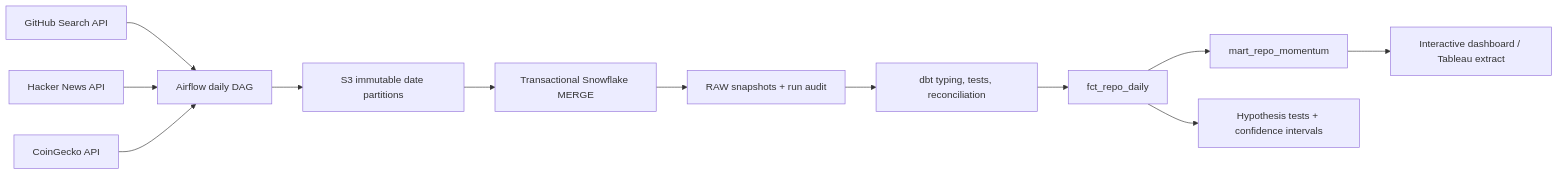
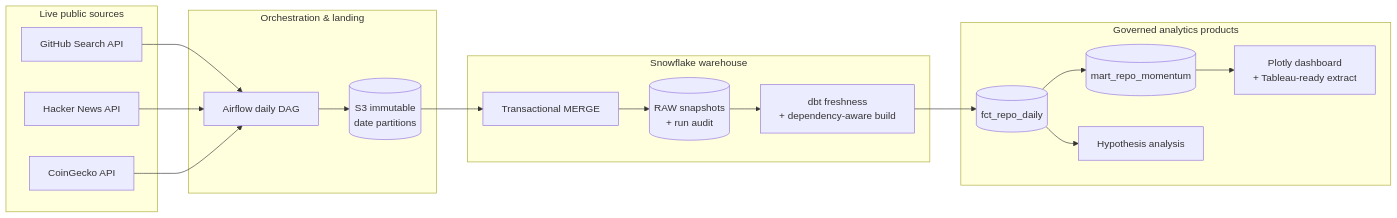
Before and after one commit to tmushd/dev-ecosystem-pipeline: the first of 4 diagrams in README.md, drawn with Mermaid. The commit also changed other lines of this file and 24 other files, not shown here.

````diff
--- a/README.md
+++ b/README.md
@@ -28,14 +70,30 @@
 ```mermaid
 flowchart LR
-  GH[GitHub Search API] --> AF[Airflow daily DAG]
-  HN[Hacker News API] --> AF
-  CG[CoinGecko API] --> AF
-  AF --> S3[S3 immutable date partitions]
-  S3 --> MERGE[Transactional Snowflake MERGE]
-  MERGE --> RAW[RAW snapshots + run audit]
-  RAW --> DBT[dbt typing, tests, reconciliation]
-  DBT --> FACT[fct_repo_daily]
-  FACT --> MART[mart_repo_momentum]
-  MART --> BI[Interactive dashboard / Tableau extract]
-  FACT --> HYP[Hypothesis tests + confidence intervals]
+    subgraph Sources["Live public sources"]
+        GH[GitHub Search API]
+        HN[Hacker News API]
+        CG[CoinGecko API]
+    end
+
+    subgraph Orchestration["Orchestration & landing"]
+        AF[Airflow daily DAG]
+        S3[(S3 immutable<br/>date partitions)]
+    end
+
+    subgraph Warehouse["Snowflake warehouse"]
+        MERGE[Transactional MERGE]
+        RAW[(RAW snapshots<br/>+ run audit)]
+        DBT[dbt freshness<br/>+ dependency-aware build]
+    end
+
+    subgraph Products["Governed analytics products"]
+        FACT[(fct_repo_daily)]
+        MART[(mart_repo_momentum)]
+        HYP[Hypothesis analysis]
+        DASH[Plotly dashboard<br/>+ Tableau-ready extract]
+    end
+
+    GH & HN & CG --> AF --> S3 --> MERGE --> RAW --> DBT --> FACT --> MART
+    FACT --> HYP
+    MART --> DASH
 ```
````
